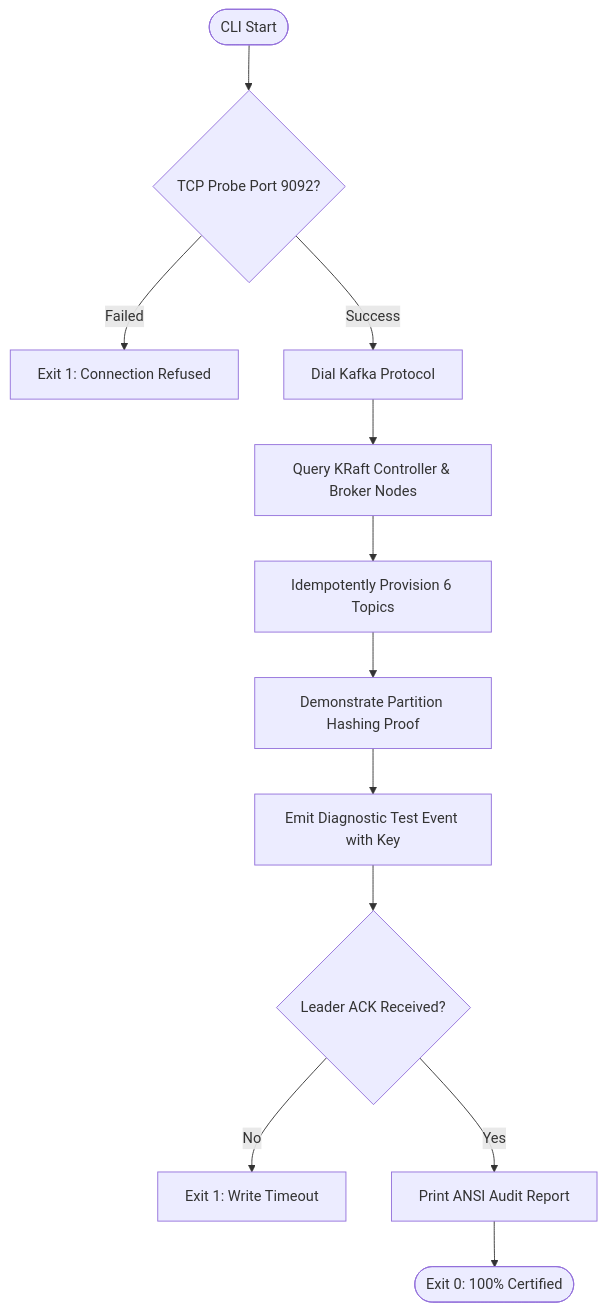
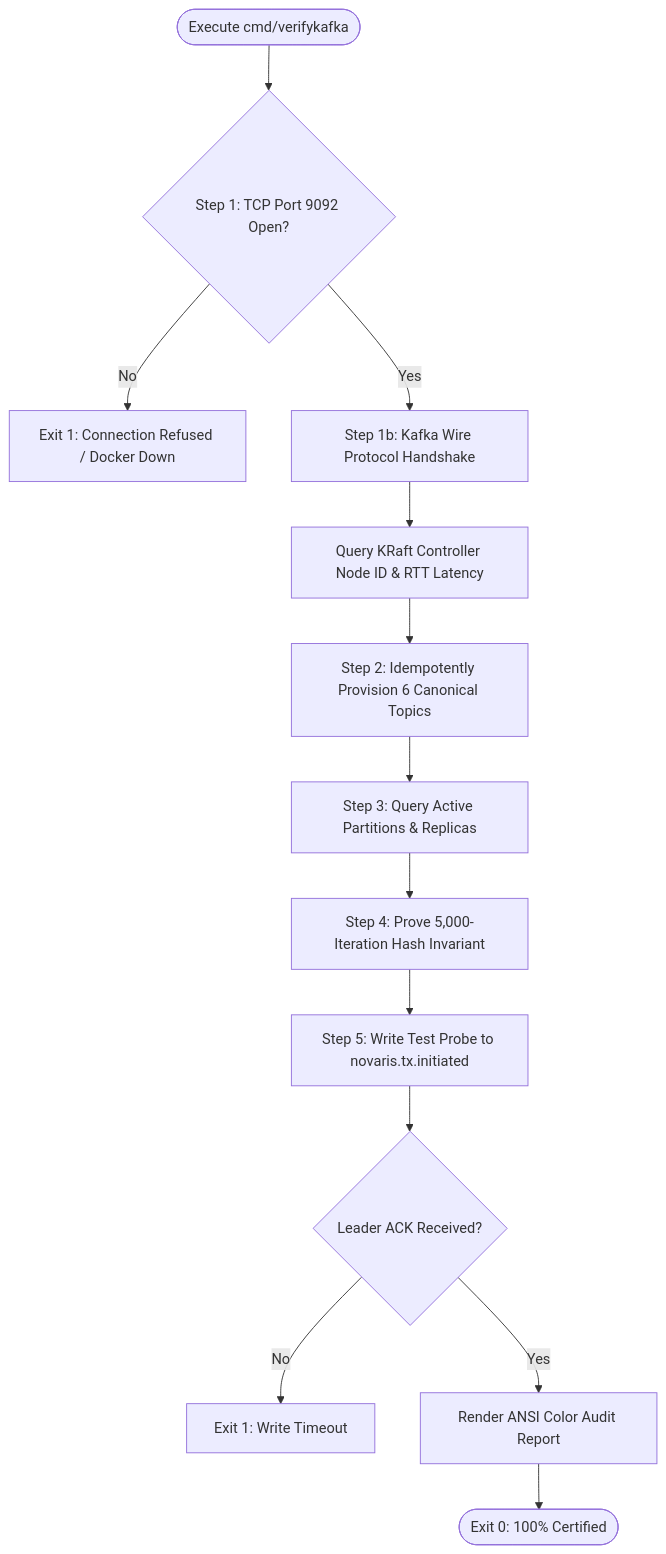
Before and after one commit to charan21042005/novaris: the ninth of 9 diagrams in bin/Daily_Actions/Phase_2_Streaming_Core/Day_15_Action_Log.md, drawn with Mermaid. The commit also changed other lines of this file, not shown here.

````diff
--- a/bin/Daily_Actions/Phase_2_Streaming_Core/Day_15_Action_Log.md
+++ b/bin/Daily_Actions/Phase_2_Streaming_Core/Day_15_Action_Log.md
@@ -554,15 +802,16 @@
 ```mermaid
 flowchart TD
-    Start([CLI Start]) --> Preflight{TCP Probe Port 9092?}
-    Preflight -- Failed --> Err1[Exit 1: Connection Refused]
-    Preflight -- Success --> DialKafka[Dial Kafka Protocol]
+    Start([Execute cmd/verifykafka]) --> ProbeTCP{Step 1: TCP Port 9092 Open?}
+    ProbeTCP -- No --> FailTCP[Exit 1: Connection Refused / Docker Down]
+    ProbeTCP -- Yes --> DialProtocol[Step 1b: Kafka Wire Protocol Handshake]
     
-    DialKafka --> GetMeta[Query KRaft Controller & Broker Nodes]
-    GetMeta --> ProvisionTopics[Idempotently Provision 6 Topics]
-    ProvisionTopics --> AuditRouting[Demonstrate Partition Hashing Proof]
-    AuditRouting --> InjectProbe[Emit Diagnostic Test Event with Key]
+    DialProtocol --> QueryKRaft[Query KRaft Controller Node ID & RTT Latency]
+    QueryKRaft --> ProvisionTopics[Step 2: Idempotently Provision 6 Canonical Topics]
+    ProvisionTopics --> InspectCatalog[Step 3: Query Active Partitions & Replicas]
+    InspectCatalog --> ProofRouting[Step 4: Prove 5,000-Iteration Hash Invariant]
+    ProofRouting --> InjectProbe[Step 5: Write Test Probe to novaris.tx.initiated]
     InjectProbe --> LeaderAck{Leader ACK Received?}
-    LeaderAck -- No --> Err2[Exit 1: Write Timeout]
-    LeaderAck -- Yes --> PrintReport[Print ANSI Audit Report]
-    PrintReport --> Done([Exit 0: 100% Certified])
+    LeaderAck -- No --> FailProbe[Exit 1: Write Timeout]
+    LeaderAck -- Yes --> RenderReport[Render ANSI Color Audit Report]
+    RenderReport --> Success([Exit 0: 100% Certified])
 ```
````
